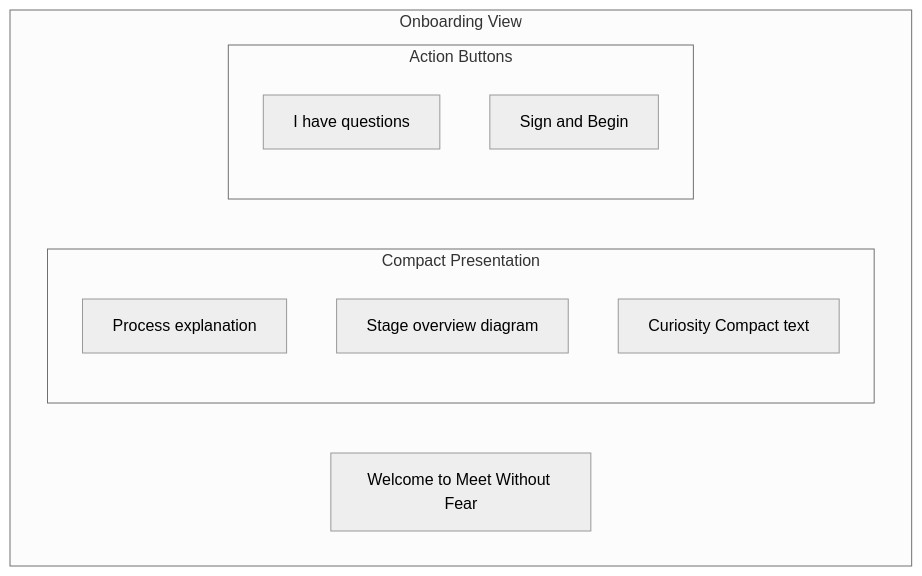
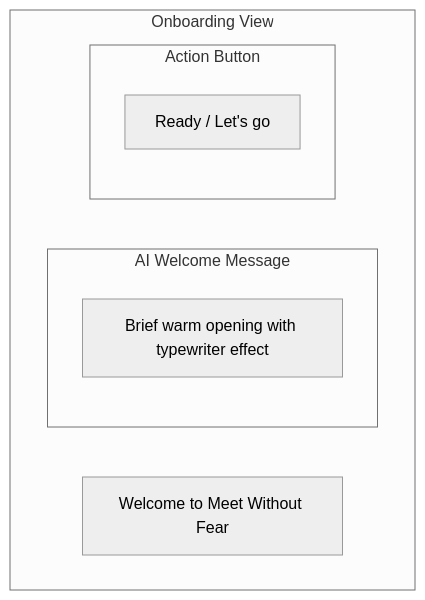
One commit to shantamg/meet-without-fear changed the fourth of 11 diagrams in docs/mobile/wireframes/chat-interface.md. Above: the diagram before and after it, drawn with Mermaid (neutral theme). The commit also changed other lines of this file and 10 other files, not shown here.

First line of the commit message:
feat: replace Curiosity Compact with brief warm opening framing (#164)

````diff
--- a/docs/mobile/wireframes/chat-interface.md
+++ b/docs/mobile/wireframes/chat-interface.md
@@ -82,17 +82,14 @@
 ```mermaid
 flowchart TB
     subgraph OnboardingChat[Onboarding View]
         Header0[Welcome to Meet Without Fear]
 
-        subgraph Content0[Compact Presentation]
-            Intro[Process explanation]
-            Diagram[Stage overview diagram]
-            Compact[Curiosity Compact text]
+        subgraph Content0[AI Welcome Message]
+            Message[Brief warm opening with typewriter effect]
         end
 
-        subgraph Actions0[Action Buttons]
-            Questions[I have questions]
-            Sign[Sign and Begin]
+        subgraph Actions0[Action Button]
+            Ready[Ready / Let's go]
         end
     end
 ```
````
